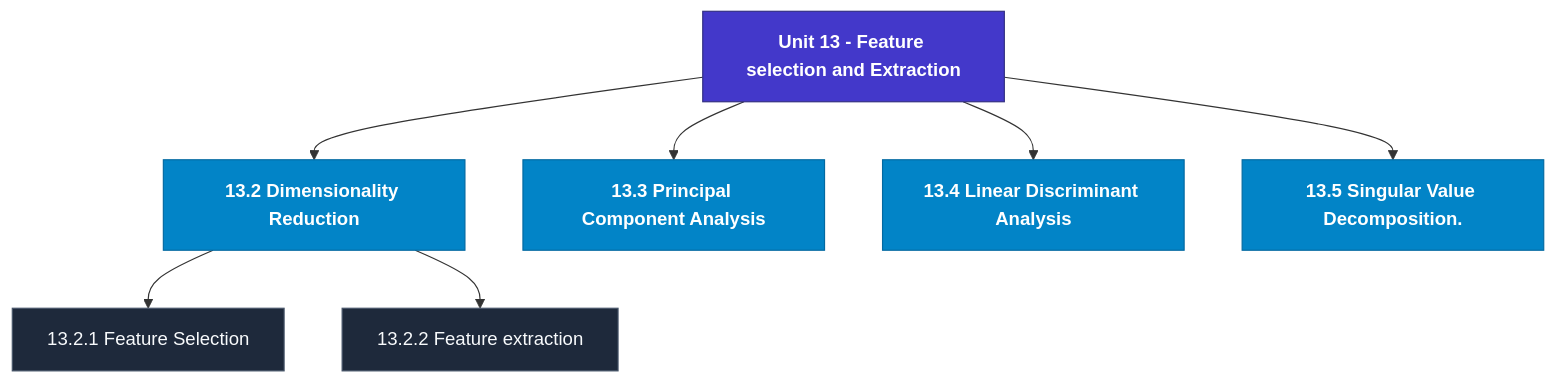
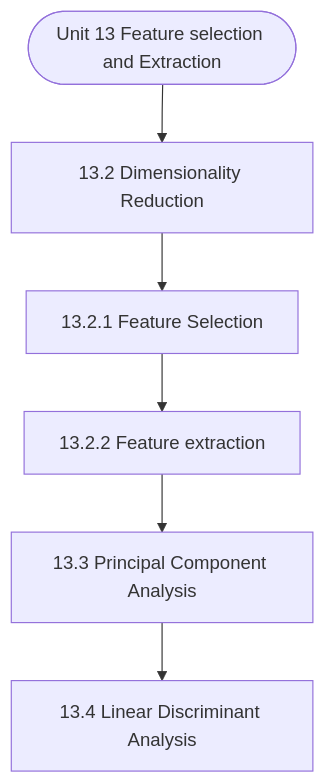
Before and after one commit to Asutosh-Coaching/mscdsa: the diagram in notes/Semester_2/MCS-224_Artificial_Intelligence_&_Machine_Learning/unit_13_Feature_selection_and_Extraction.md, drawn with Mermaid. The commit also changed other lines of this file and 115 other files, not shown here.

Commit message:
Fix Mermaid layout for mobile, isolate LaTeX delimiters, and add GitHub Pages reader

````diff
--- a/notes/Semester_2/MCS-224_Artificial_Intelligence_&_Machine_Learning/unit_13_Feature_selection_and_Extraction.md
+++ b/notes/Semester_2/MCS-224_Artificial_Intelligence_&_Machine_Learning/unit_13_Feature_selection_and_Extraction.md
@@ -19,21 +19,14 @@
 ```mermaid
 flowchart TD
-  %% Styling Definitions
-  classDef head fill:#4338ca,stroke:#312e81,color:#ffffff,font-weight:bold;
-  classDef topic fill:#0284c7,stroke:#0369a1,color:#ffffff,font-weight:600;
-  classDef sub fill:#1e293b,stroke:#475569,color:#f8fafc;
-
-  Root["Unit 13 - Feature selection and Extraction"]:::head
-  M1["13.2 Dimensionality Reduction"]:::topic
-  Root --> M1
-  M1_1["13.2.1 Feature Selection"]:::sub
-  M1 --> M1_1
-  M1_2["13.2.2 Feature extraction"]:::sub
-  M1 --> M1_2
-  M2["13.3 Principal Component Analysis"]:::topic
-  Root --> M2
-  M3["13.4 Linear Discriminant Analysis"]:::topic
-  Root --> M3
-  M4["13.5 Singular Value Decomposition."]:::topic
-  Root --> M4
+  Start(["Unit 13 Feature selection and Extraction"])
+  N1["13.2 Dimensionality Reduction"]
+  N2["13.2.1 Feature Selection"]
+  N3["13.2.2 Feature extraction"]
+  N4["13.3 Principal Component Analysis"]
+  N5["13.4 Linear Discriminant Analysis"]
+  Start --> N1
+  N1 --> N2
+  N2 --> N3
+  N3 --> N4
+  N4 --> N5
 ```
````
